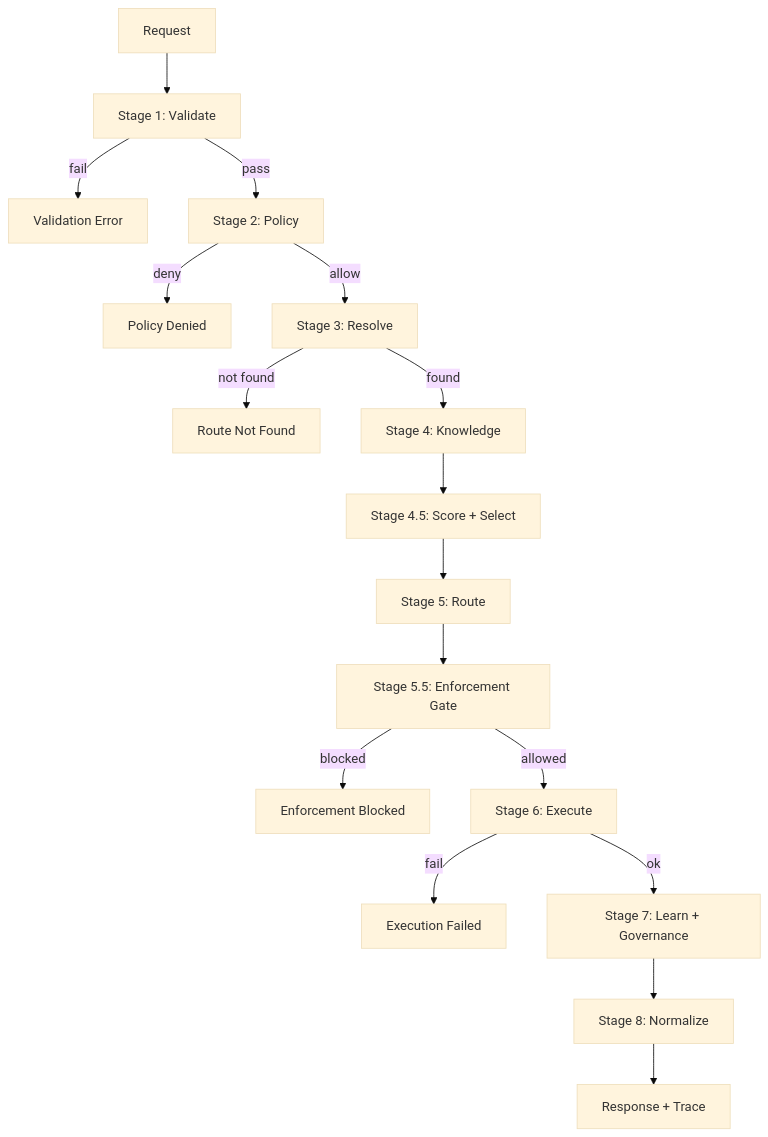
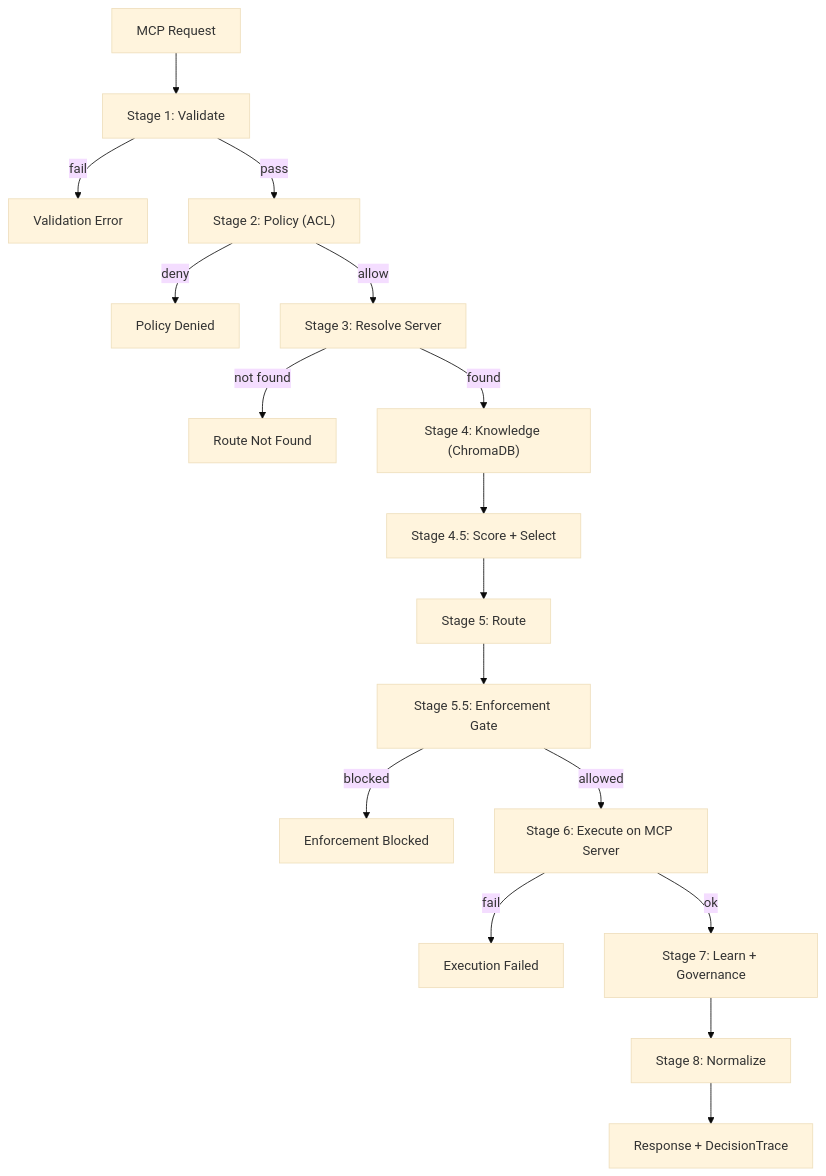
Before and after one commit to AlHarisTech/ai-workstation-core: the fourth of 4 diagrams in architecture-pack/ARCHITECTURE.md, drawn with Mermaid (base theme). The commit also changed other lines of this file and 1 other file, not shown here.

First line of the commit message:
upgrade architecture-pack: formal C4 specification with boundaries, data contracts, component decomposition

````diff
--- a/architecture-pack/ARCHITECTURE.md
+++ b/architecture-pack/ARCHITECTURE.md
@@ -88,19 +150,19 @@
 ```mermaid
 flowchart TD
-    A["Request"] --> B["Stage 1: Validate"]
+    A["MCP Request"] --> B["Stage 1: Validate"]
     B -->|fail| ERR1["Validation Error"]
-    B -->|pass| C["Stage 2: Policy"]
+    B -->|pass| C["Stage 2: Policy (ACL)"]
     C -->|deny| ERR2["Policy Denied"]
-    C -->|allow| D["Stage 3: Resolve"]
+    C -->|allow| D["Stage 3: Resolve Server"]
     D -->|not found| ERR3["Route Not Found"]
-    D -->|found| E["Stage 4: Knowledge"]
+    D -->|found| E["Stage 4: Knowledge (ChromaDB)"]
     E --> F["Stage 4.5: Score + Select"]
     F --> G["Stage 5: Route"]
     G --> H["Stage 5.5: Enforcement Gate"]
     H -->|blocked| ERR4["Enforcement Blocked"]
-    H -->|allowed| I["Stage 6: Execute"]
+    H -->|allowed| I["Stage 6: Execute on MCP Server"]
     I -->|fail| ERR5["Execution Failed"]
     I -->|ok| J["Stage 7: Learn + Governance"]
     J --> K["Stage 8: Normalize"]
-    K --> L["Response + Trace"]
+    K --> L["Response + DecisionTrace"]
 ```
````
